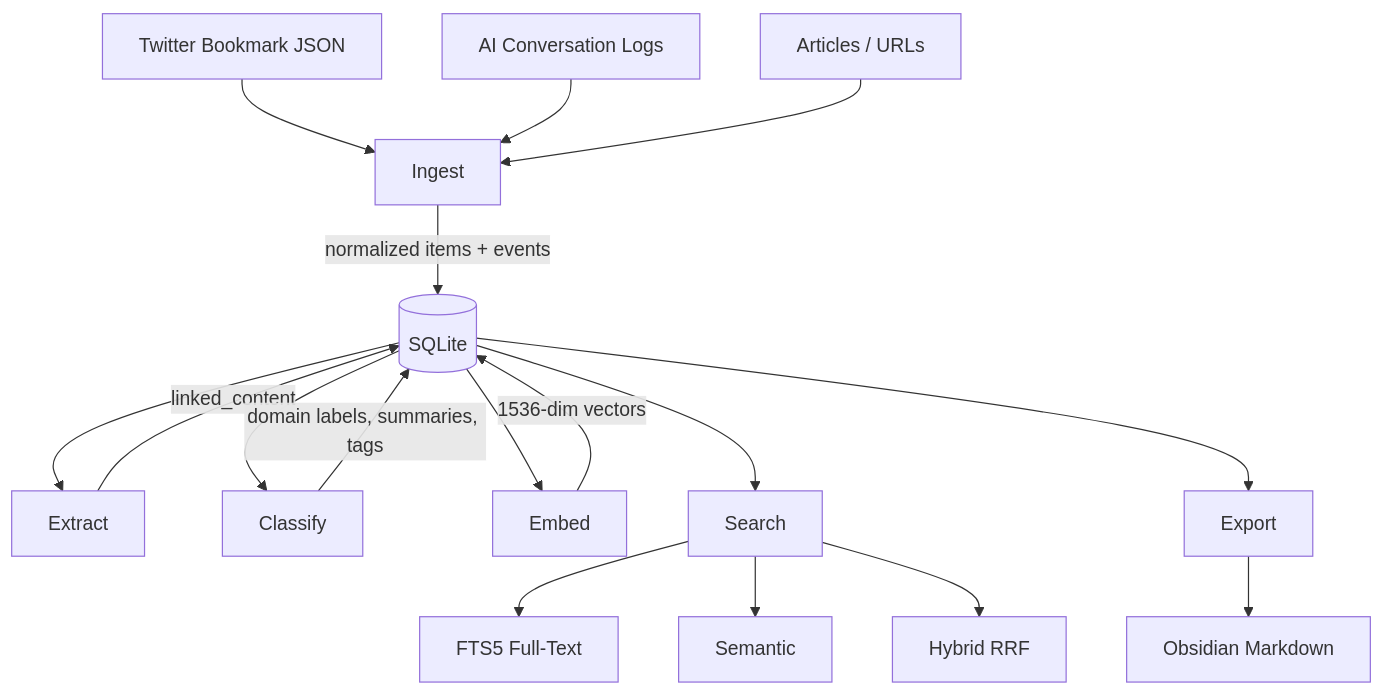
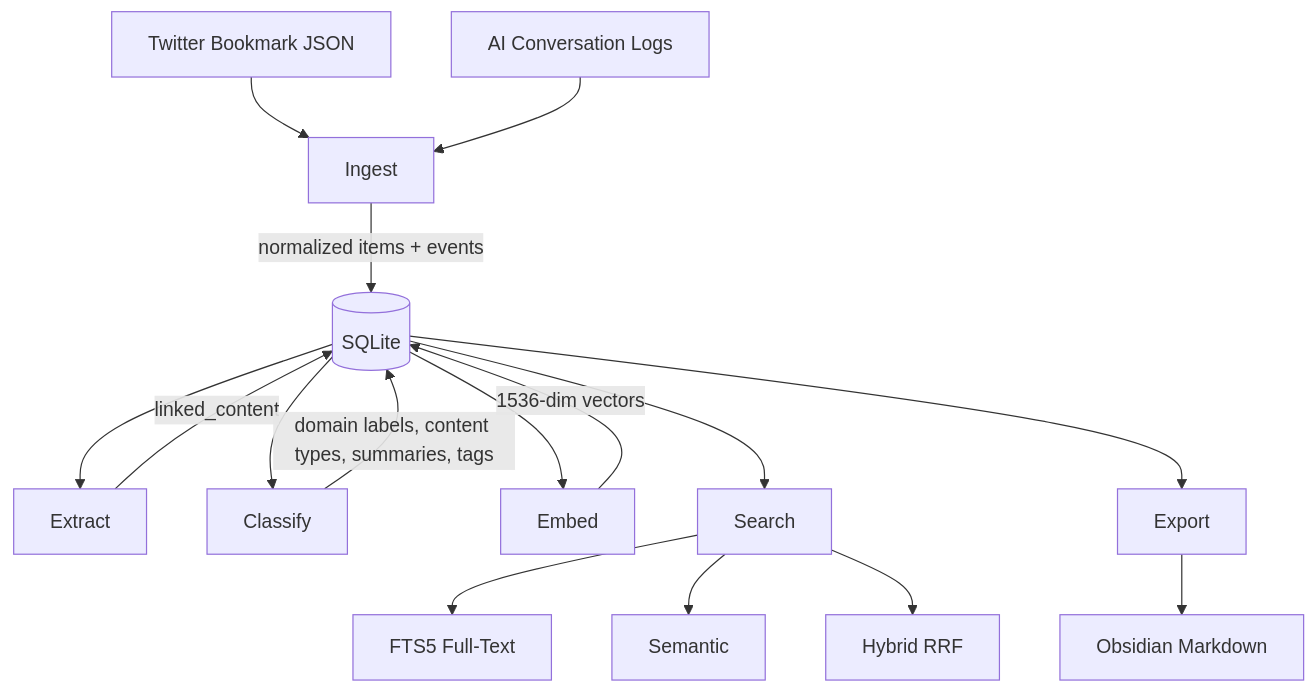
Before and after one commit to ZealousEar/ideabank: the diagram in docs/Architecture.md, drawn with Mermaid. The commit also changed other lines of this file and 5 other files, not shown here.

````diff
--- a/docs/Architecture.md
+++ b/docs/Architecture.md
@@ -7,25 +7,24 @@
 ```mermaid
 flowchart TD
     TW[Twitter Bookmark JSON] --> ING[Ingest]
     CV[AI Conversation Logs] --> ING
-    AR[Articles / URLs] --> ING
 
     ING --> |normalized items + events| DB[(SQLite)]
 
     DB --> EXT[Extract]
     EXT --> |linked_content| DB
 
     DB --> CLS[Classify]
-    CLS --> |domain labels, summaries, tags| DB
+    CLS --> |domain labels, content types, summaries, tags| DB
 
     DB --> EMB[Embed]
     EMB --> |1536-dim vectors| DB
 
     DB --> SRCH[Search]
     SRCH --> FTS[FTS5 Full-Text]
     SRCH --> SEM[Semantic]
     SRCH --> HYB[Hybrid RRF]
 
     DB --> EXP[Export]
     EXP --> OBS[Obsidian Markdown]
 ```
````
